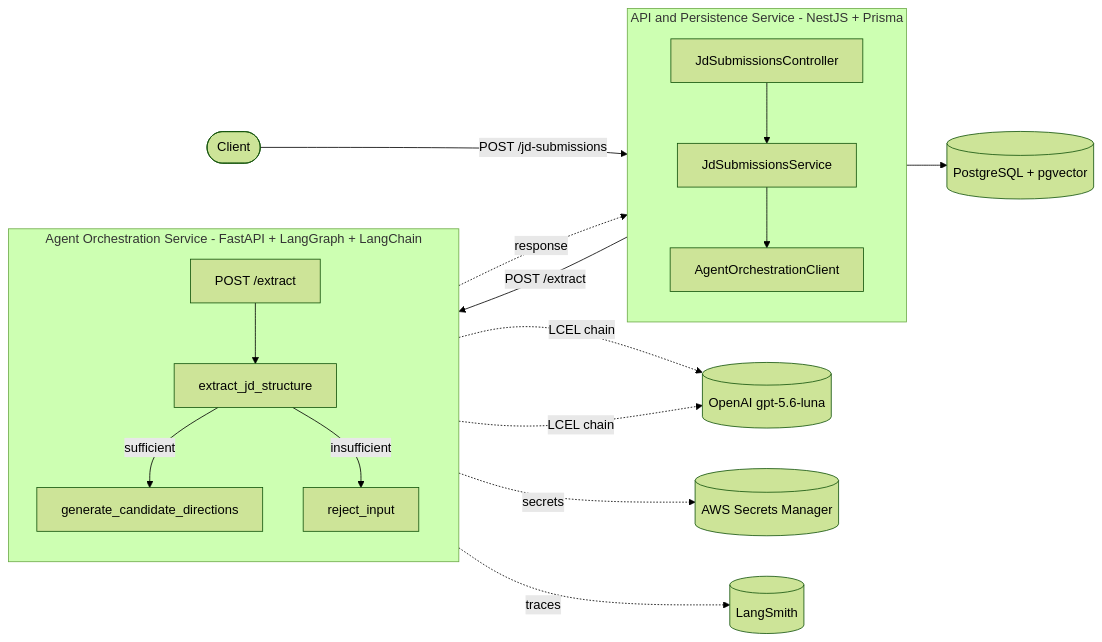
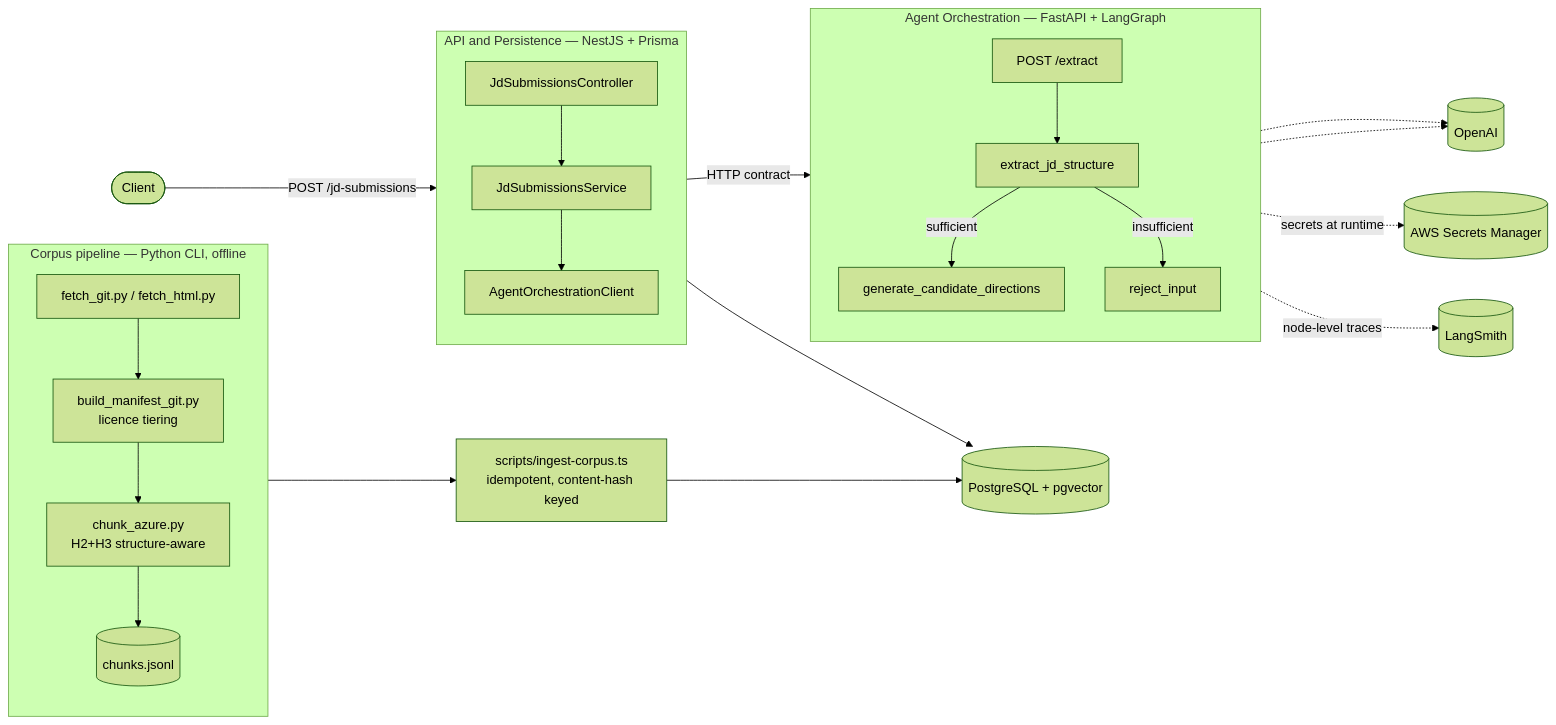
Before and after one commit to Citusco/jobpilot: the diagram in README.md, drawn with Mermaid (forest theme). The commit also changed other lines of this file and 1 other file, not shown here.

````diff
--- a/README.md
+++ b/README.md
@@ -41,27 +89,35 @@
 ```mermaid
 flowchart LR
+    subgraph Offline["Corpus pipeline — Python CLI, offline"]
+        direction TB
+        F["fetch_git.py / fetch_html.py"] --> M["build_manifest_git.py<br/>licence tiering"]
+        M --> C["chunk_azure.py<br/>H2+H3 structure-aware"]
+        C --> J[("chunks.jsonl")]
+    end
+
+    J --> ING["scripts/ingest-corpus.ts<br/>idempotent, content-hash keyed"]
+
     Client([Client]) -->|"POST /jd-submissions"| Ctrl
 
-    subgraph API["API and Persistence Service - NestJS + Prisma"]
+    subgraph API["API and Persistence — NestJS + Prisma"]
         direction TB
         Ctrl[JdSubmissionsController] --> Svc[JdSubmissionsService]
-        Svc --> Client2[AgentOrchestrationClient]
+        Svc --> AC[AgentOrchestrationClient]
     end
 
-    subgraph Agent["Agent Orchestration Service - FastAPI + LangGraph + LangChain"]
+    subgraph Agent["Agent Orchestration — FastAPI + LangGraph"]
         direction TB
         Ep["POST /extract"] --> N1[extract_jd_structure]
         N1 -->|sufficient| N2[generate_candidate_directions]
         N1 -->|insufficient| N3[reject_input]
     end
 
-    Client2 -->|"POST /extract"| Ep
-    N2 -.->|response| Client2
-
-    N1 -.->|LCEL chain| LLM[("OpenAI gpt-5.6-luna")]
-    N2 -.->|LCEL chain| LLM
+    AC -->|HTTP contract| Ep
+    N1 -.-> LLM[("OpenAI")]
+    N2 -.-> LLM
+    Ep -.->|secrets at runtime| SM[("AWS Secrets Manager")]
+    Ep -.->|node-level traces| LS[("LangSmith")]
 
     Svc --> DB[("PostgreSQL + pgvector")]
-    Ep -.->|secrets| SM[("AWS Secrets Manager")]
-    Ep -.->|traces| LS[("LangSmith")]
+    ING --> DB
 ```
````
